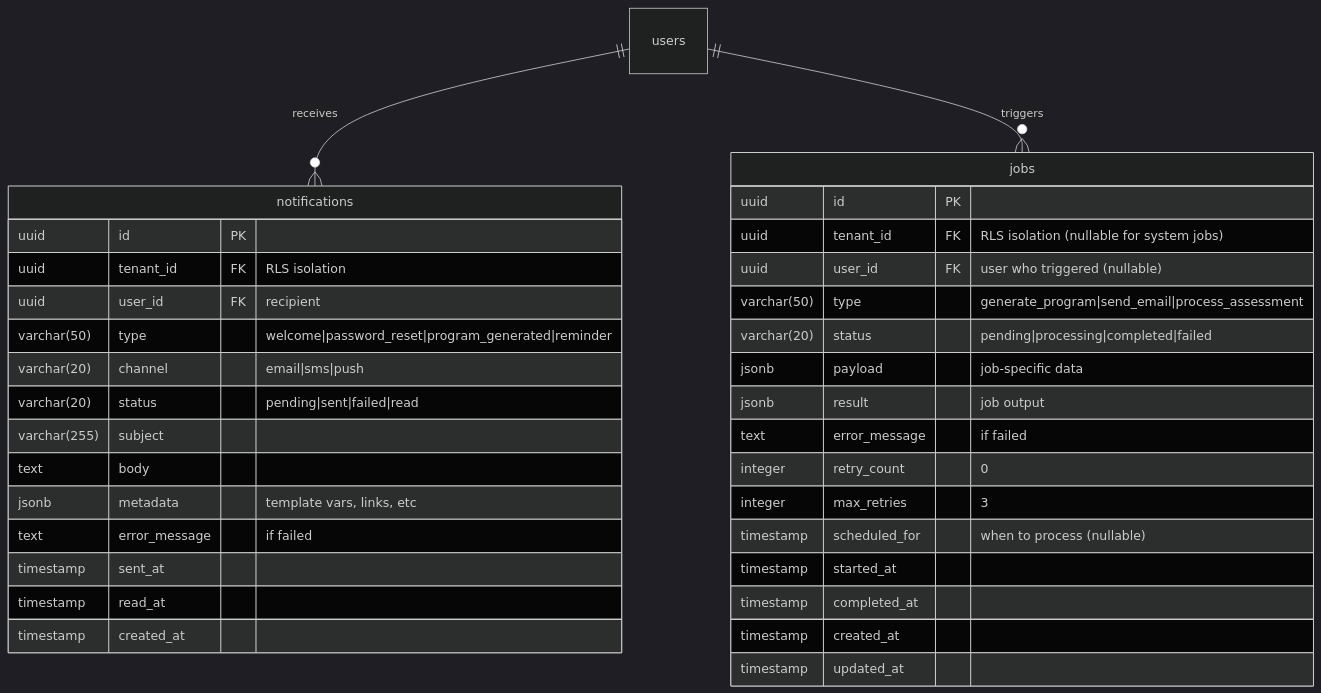
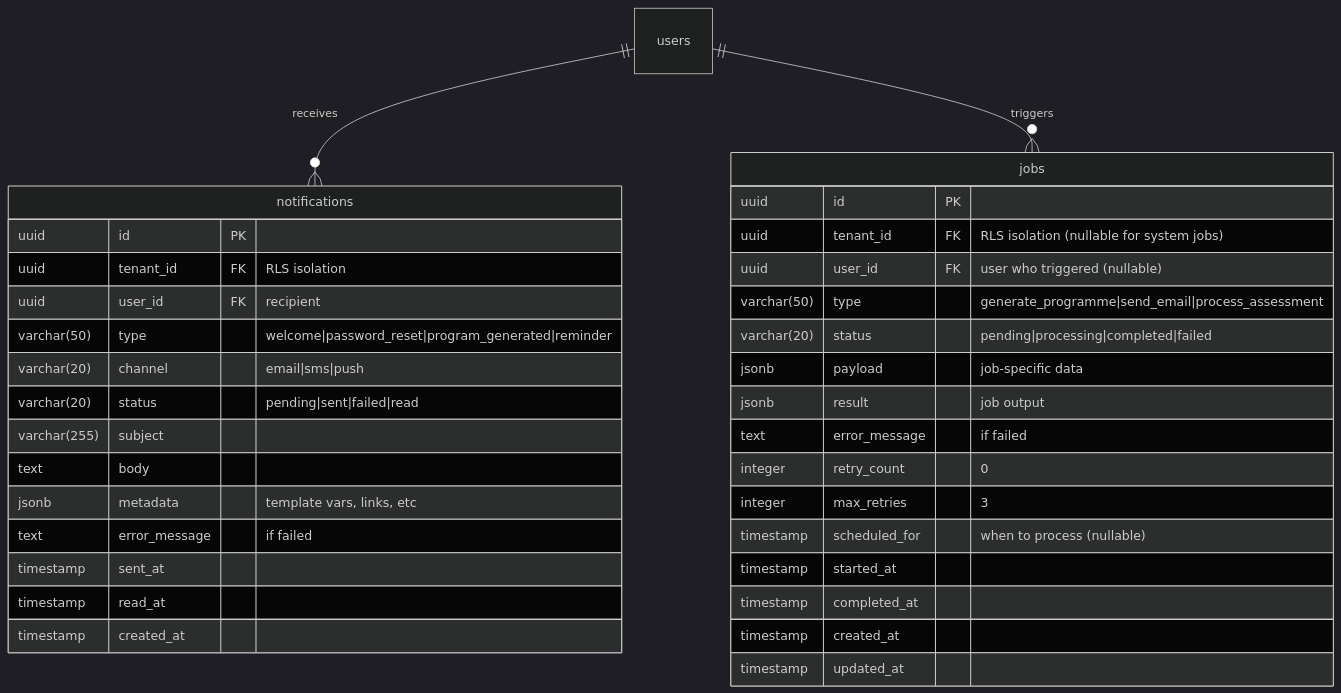
The sixth of 8 diagrams in project-documentation/ffp_erd.md (ChrisTregaskis/ffp), drawn with Mermaid (dark theme) before and after one commit. The commit also changed other lines of this file and 53 other files, not shown here.

````diff
--- a/project-documentation/ffp_erd.md
+++ b/project-documentation/ffp_erd.md
@@ -568,39 +568,39 @@
 ```mermaid
 erDiagram
     users ||--o{ notifications : "receives"
     users ||--o{ jobs : "triggers"
 
     jobs {
         uuid id PK
         uuid tenant_id FK "RLS isolation (nullable for system jobs)"
         uuid user_id FK "user who triggered (nullable)"
-        varchar(50) type "generate_program|send_email|process_assessment"
+        varchar(50) type "generate_programme|send_email|process_assessment"
         varchar(20) status "pending|processing|completed|failed"
         jsonb payload "job-specific data"
         jsonb result "job output"
         text error_message "if failed"
         integer retry_count "0"
         integer max_retries "3"
         timestamp scheduled_for "when to process (nullable)"
         timestamp started_at
         timestamp completed_at
         timestamp created_at
         timestamp updated_at
     }
 
     notifications {
         uuid id PK
         uuid tenant_id FK "RLS isolation"
         uuid user_id FK "recipient"
         varchar(50) type "welcome|password_reset|program_generated|reminder"
         varchar(20) channel "email|sms|push"
         varchar(20) status "pending|sent|failed|read"
         varchar(255) subject
         text body
         jsonb metadata "template vars, links, etc"
         text error_message "if failed"
         timestamp sent_at
         timestamp read_at
         timestamp created_at
     }
 ```
````
